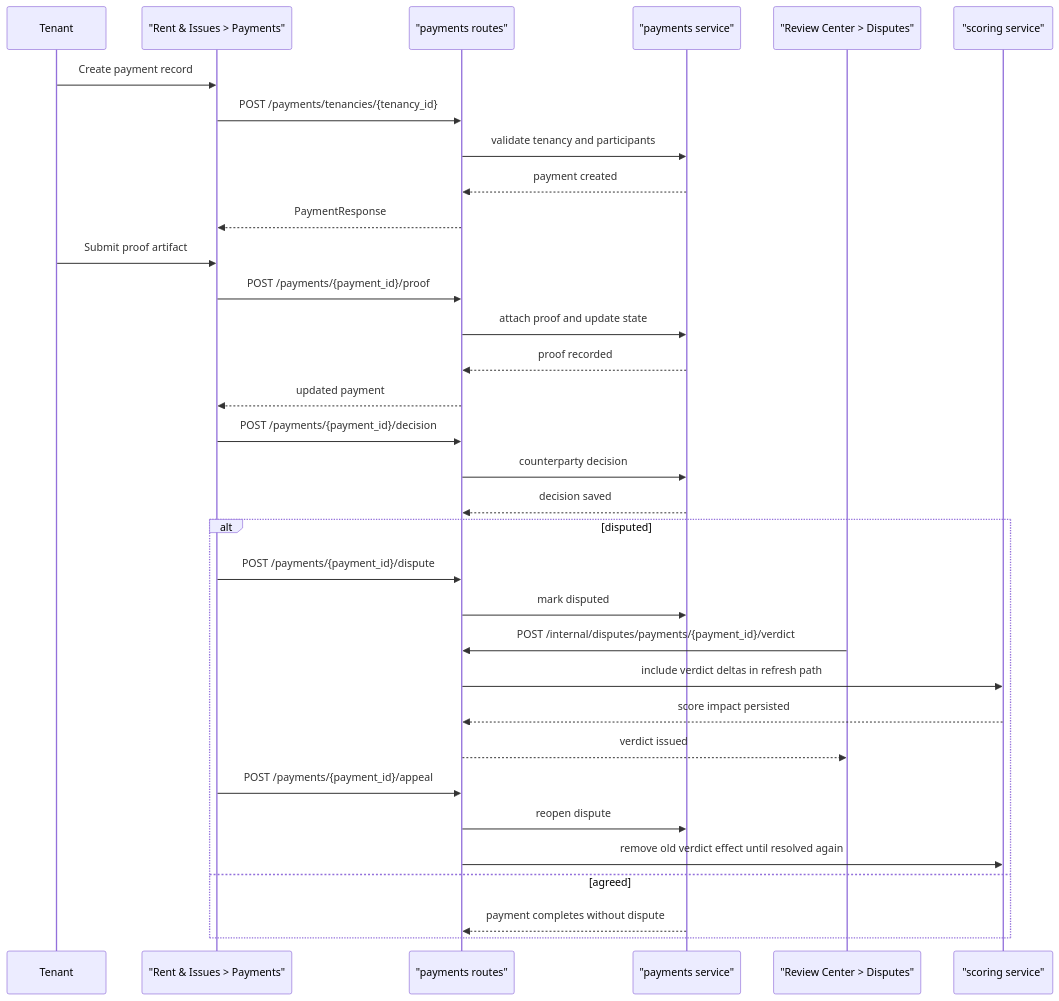
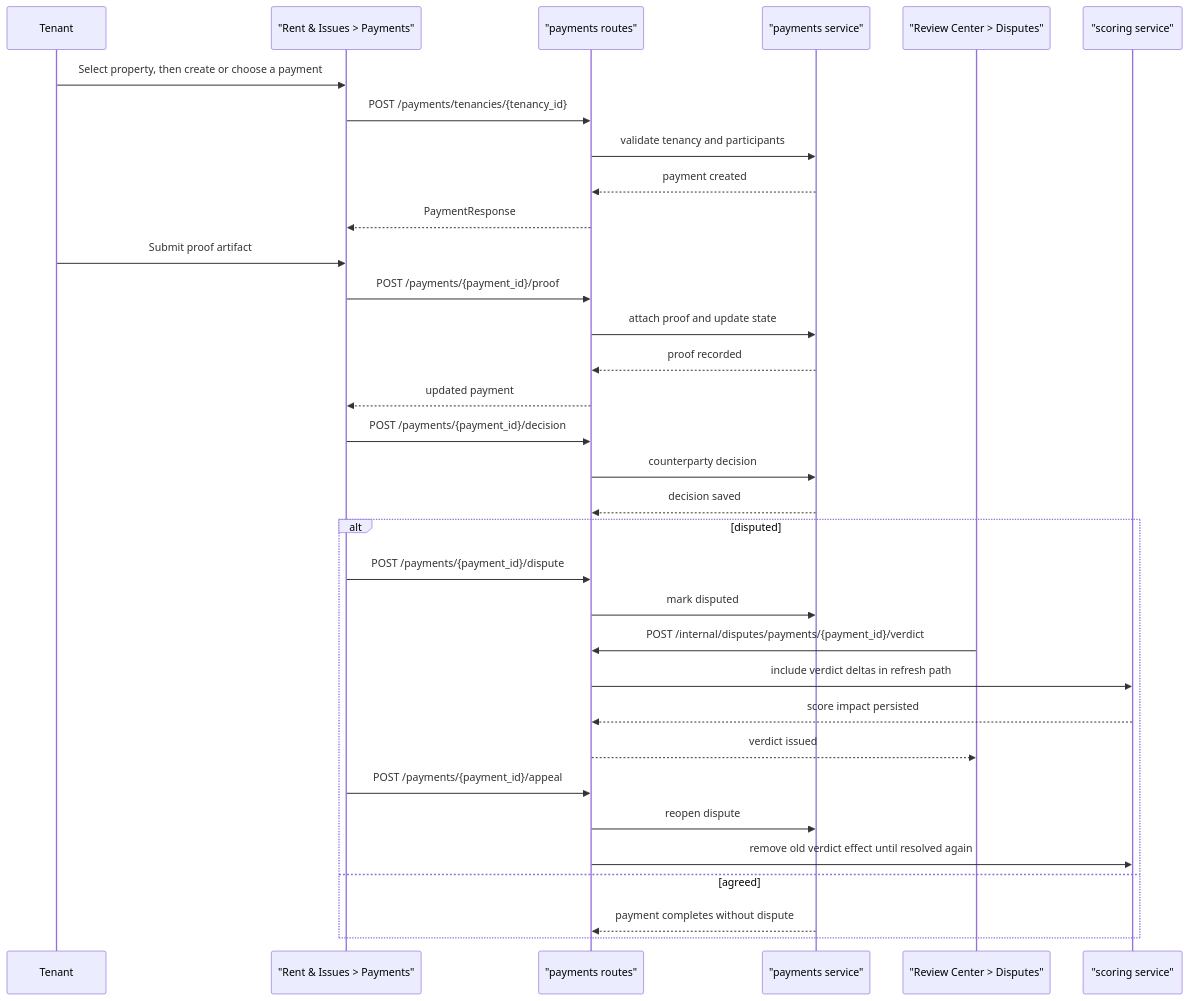
Before and after one commit to vtmarkop/real_estate_trust_ledger: the fifth of 11 diagrams in docs/WORKFLOW_DIAGRAMS.md, drawn with Mermaid. The commit also changed other lines of this file and 8 other files, not shown here.

````diff
--- a/docs/WORKFLOW_DIAGRAMS.md
+++ b/docs/WORKFLOW_DIAGRAMS.md
@@ -134,39 +134,39 @@
 ```mermaid
 sequenceDiagram
     participant Tenant
     participant Frontend as "Rent & Issues > Payments"
     participant API as "payments routes"
     participant Service as "payments service"
     participant Reviewer as "Review Center > Disputes"
     participant Scoring as "scoring service"
 
-    Tenant->>Frontend: Create payment record
+    Tenant->>Frontend: Select property, then create or choose a payment
     Frontend->>API: POST /payments/tenancies/{tenancy_id}
     API->>Service: validate tenancy and participants
     Service-->>API: payment created
     API-->>Frontend: PaymentResponse
 
     Tenant->>Frontend: Submit proof artifact
     Frontend->>API: POST /payments/{payment_id}/proof
     API->>Service: attach proof and update state
     Service-->>API: proof recorded
     API-->>Frontend: updated payment
 
     Frontend->>API: POST /payments/{payment_id}/decision
     API->>Service: counterparty decision
     Service-->>API: decision saved
 
     alt disputed
         Frontend->>API: POST /payments/{payment_id}/dispute
         API->>Service: mark disputed
         Reviewer->>API: POST /internal/disputes/payments/{payment_id}/verdict
         API->>Scoring: include verdict deltas in refresh path
         Scoring-->>API: score impact persisted
         API-->>Reviewer: verdict issued
         Frontend->>API: POST /payments/{payment_id}/appeal
         API->>Service: reopen dispute
         API->>Scoring: remove old verdict effect until resolved again
     else agreed
         Service-->>API: payment completes without dispute
     end
 ```
````
